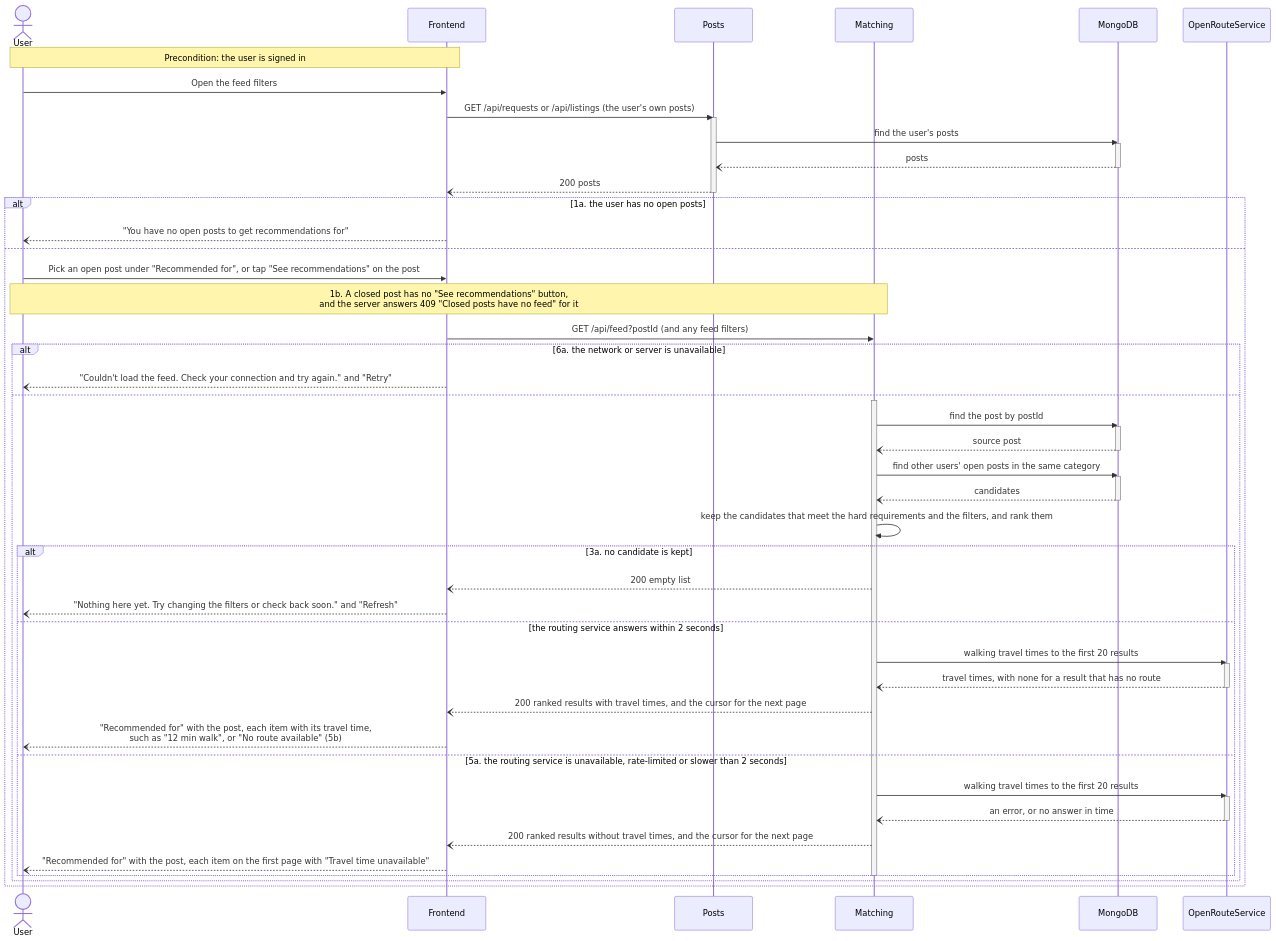
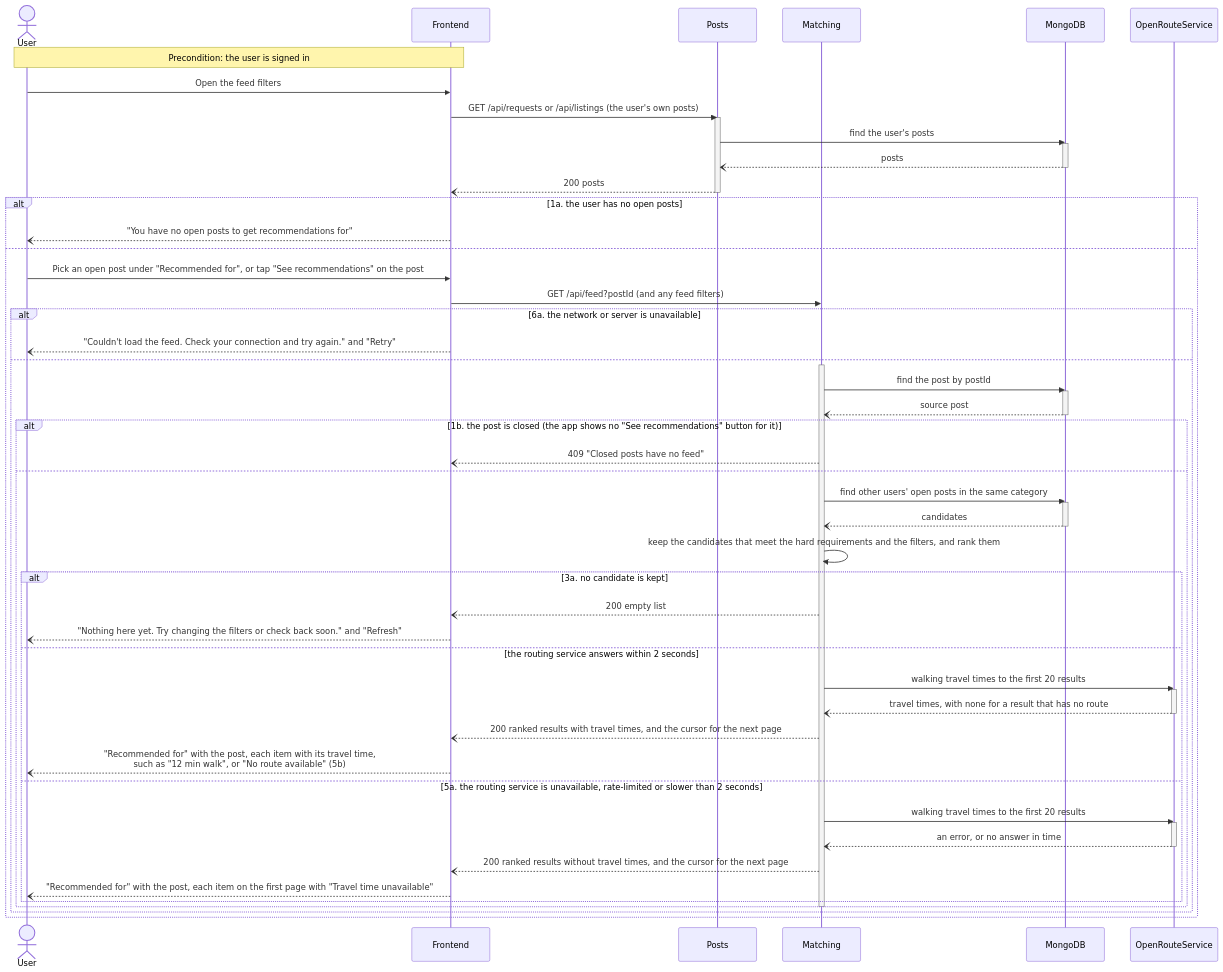
Before and after one commit to m1lun/MatchMarket: the fourth of 6 diagrams in documentation/Requirements_and_Design.md, drawn with Mermaid. The commit also changed other lines of this file, not shown here.

````diff
--- a/documentation/Requirements_and_Design.md
+++ b/documentation/Requirements_and_Design.md
@@ -607,59 +609,62 @@
 ```mermaid
 sequenceDiagram
     actor U as User
     participant FE as Frontend
     participant P as Posts
     participant M as Matching
     participant DB as MongoDB
     participant ORS as OpenRouteService
     Note over U,FE: Precondition: the user is signed in
     U->>FE: Open the feed filters
     FE->>P: GET /api/requests or /api/listings (the user's own posts)
     activate P
     P->>DB: find the user's posts
     activate DB
     DB--)P: posts
     deactivate DB
     P--)FE: 200 posts
     deactivate P
     alt 1a. the user has no open posts
         FE--)U: "You have no open posts to get recommendations for"
     else
         U->>FE: Pick an open post under "Recommended for", or tap "See recommendations" on the post
-        Note over U,M: 1b. A closed post has no "See recommendations" button,<br/>and the server answers 409 "Closed posts have no feed" for it
         FE->>M: GET /api/feed?postId (and any feed filters)
         alt 6a. the network or server is unavailable
             FE--)U: "Couldn't load the feed. Check your connection and try again." and "Retry"
         else
             activate M
             M->>DB: find the post by postId
             activate DB
             DB--)M: source post
             deactivate DB
-            M->>DB: find other users' open posts in the same category
-            activate DB
-            DB--)M: candidates
-            deactivate DB
-            M->>M: keep the candidates that meet the hard requirements and the filters, and rank them
-            alt 3a. no candidate is kept
-                M--)FE: 200 empty list
-                FE--)U: "Nothing here yet. Try changing the filters or check back soon." and "Refresh"
-            else the routing service answers within 2 seconds
-                M->>ORS: walking travel times to the first 20 results
-                activate ORS
-                ORS--)M: travel times, with none for a result that has no route
-                deactivate ORS
-                M--)FE: 200 ranked results with travel times, and the cursor for the next page
-                FE--)U: "Recommended for" with the post, each item with its travel time,<br/>such as "12 min walk", or "No route available" (5b)
-            else 5a. the routing service is unavailable, rate-limited or slower than 2 seconds
-                M->>ORS: walking travel times to the first 20 results
-                activate ORS
-                ORS--)M: an error, or no answer in time
-                deactivate ORS
-                M--)FE: 200 ranked results without travel times, and the cursor for the next page
-                FE--)U: "Recommended for" with the post, each item on the first page with "Travel time unavailable"
+            alt 1b. the post is closed (the app shows no "See recommendations" button for it)
+                M--)FE: 409 "Closed posts have no feed"
+            else
+                M->>DB: find other users' open posts in the same category
+                activate DB
+                DB--)M: candidates
+                deactivate DB
+                M->>M: keep the candidates that meet the hard requirements and the filters, and rank them
+                alt 3a. no candidate is kept
+                    M--)FE: 200 empty list
+                    FE--)U: "Nothing here yet. Try changing the filters or check back soon." and "Refresh"
+                else the routing service answers within 2 seconds
+                    M->>ORS: walking travel times to the first 20 results
+                    activate ORS
+                    ORS--)M: travel times, with none for a result that has no route
+                    deactivate ORS
+                    M--)FE: 200 ranked results with travel times, and the cursor for the next page
+                    FE--)U: "Recommended for" with the post, each item with its travel time,<br/>such as "12 min walk", or "No route available" (5b)
+                else 5a. the routing service is unavailable, rate-limited or slower than 2 seconds
+                    M->>ORS: walking travel times to the first 20 results
+                    activate ORS
+                    ORS--)M: an error, or no answer in time
+                    deactivate ORS
+                    M--)FE: 200 ranked results without travel times, and the cursor for the next page
+                    FE--)U: "Recommended for" with the post, each item on the first page with "Travel time unavailable"
+                end
             end
             deactivate M
         end
     end
 ```
````
